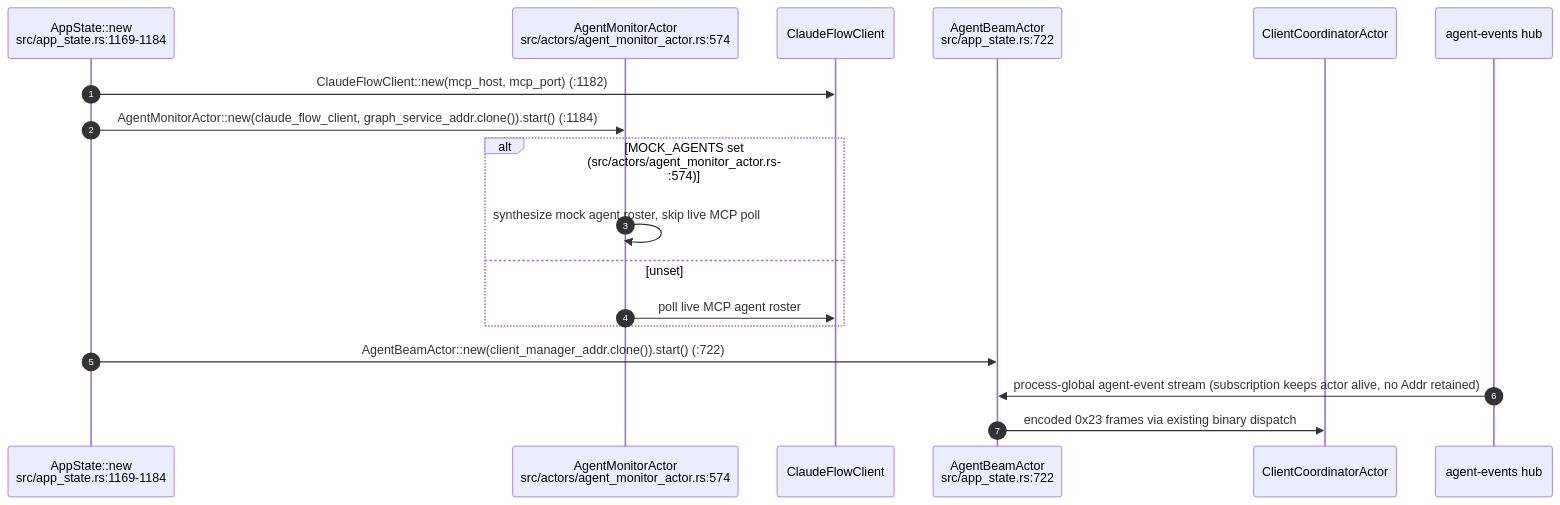
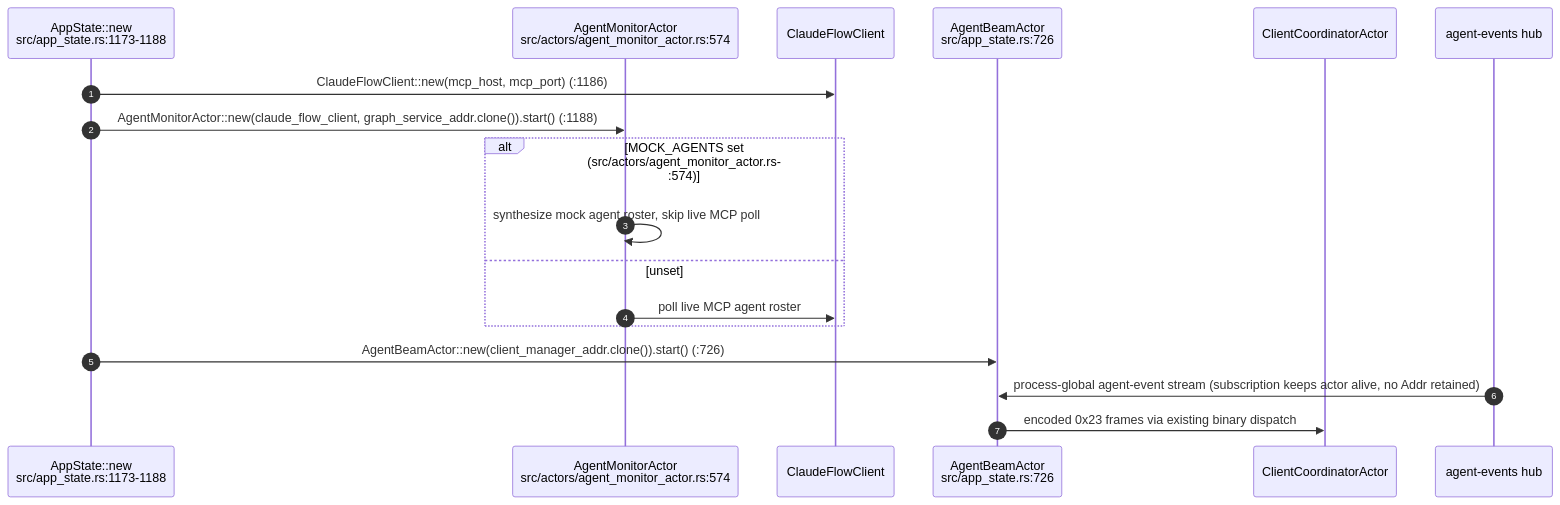
One commit to DreamLab-AI/VisionFlow changed diagram 14 of 14 in docs/diagrams/visionclaw/02-actor-supervision.md. Above: the diagram before and after it, drawn with Mermaid. The commit also changed other lines of this file and 136 other files, not shown here.

First line of the commit message:
docs(diagrams): refresh the whole corpus to code HEAD and prune low-value diagrams

````diff
--- a/docs/diagrams/visionclaw/02-actor-supervision.md
+++ b/docs/diagrams/visionclaw/02-actor-supervision.md
@@ -602,21 +495,21 @@
 ```mermaid
 sequenceDiagram
     autonumber
-    participant APP as AppState::new<br/>src/app_state.rs:1169-1184
+    participant APP as AppState::new<br/>src/app_state.rs:1173-1188
     participant AM as AgentMonitorActor<br/>src/actors/agent_monitor_actor.rs:574
     participant CFC as ClaudeFlowClient
-    participant AB as AgentBeamActor<br/>src/app_state.rs:722
+    participant AB as AgentBeamActor<br/>src/app_state.rs:726
     participant CC as ClientCoordinatorActor
     participant HUB as agent-events hub
 
-    APP->>CFC: ClaudeFlowClient::new(mcp_host, mcp_port) (:1182)
-    APP->>AM: AgentMonitorActor::new(claude_flow_client, graph_service_addr.clone()).start() (:1184)
+    APP->>CFC: ClaudeFlowClient::new(mcp_host, mcp_port) (:1186)
+    APP->>AM: AgentMonitorActor::new(claude_flow_client, graph_service_addr.clone()).start() (:1188)
     alt MOCK_AGENTS set (src/actors/agent_monitor_actor.rs:574)
         AM->>AM: synthesize mock agent roster, skip live MCP poll
     else unset
         AM->>CFC: poll live MCP agent roster
     end
-    APP->>AB: AgentBeamActor::new(client_manager_addr.clone()).start() (:722)
+    APP->>AB: AgentBeamActor::new(client_manager_addr.clone()).start() (:726)
     HUB->>AB: process-global agent-event stream (subscription keeps actor alive, no Addr retained)
     AB->>CC: encoded 0x23 frames via existing binary dispatch
 ```
````
